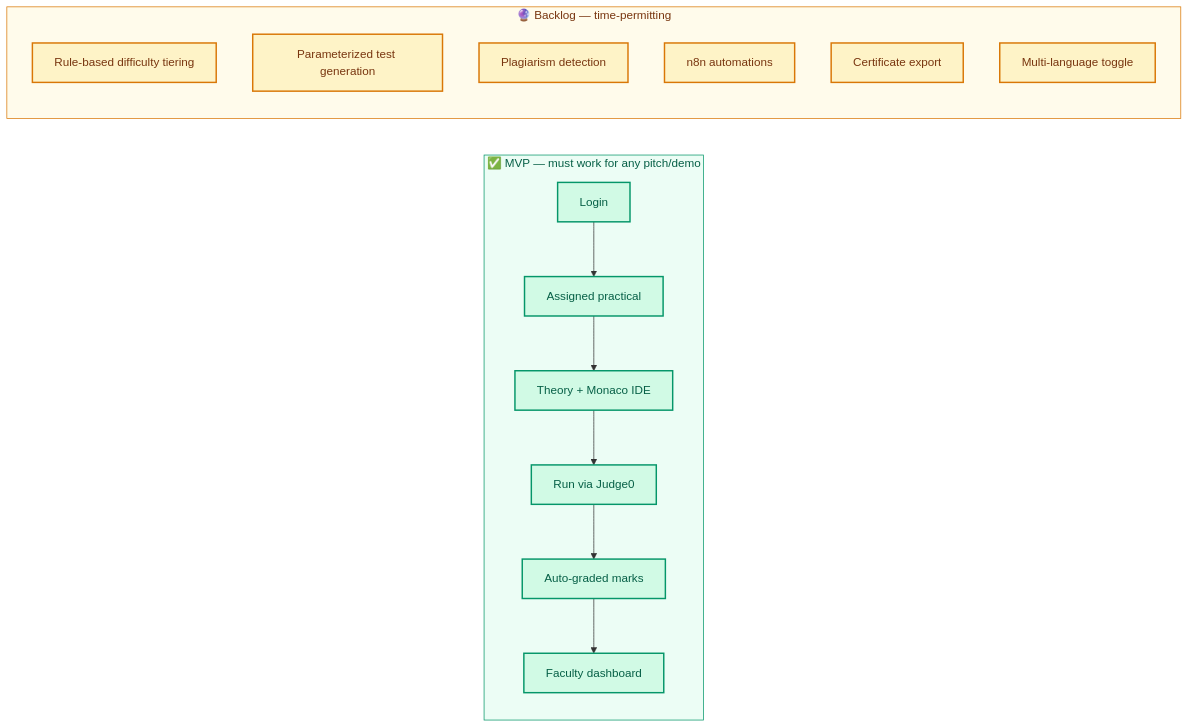
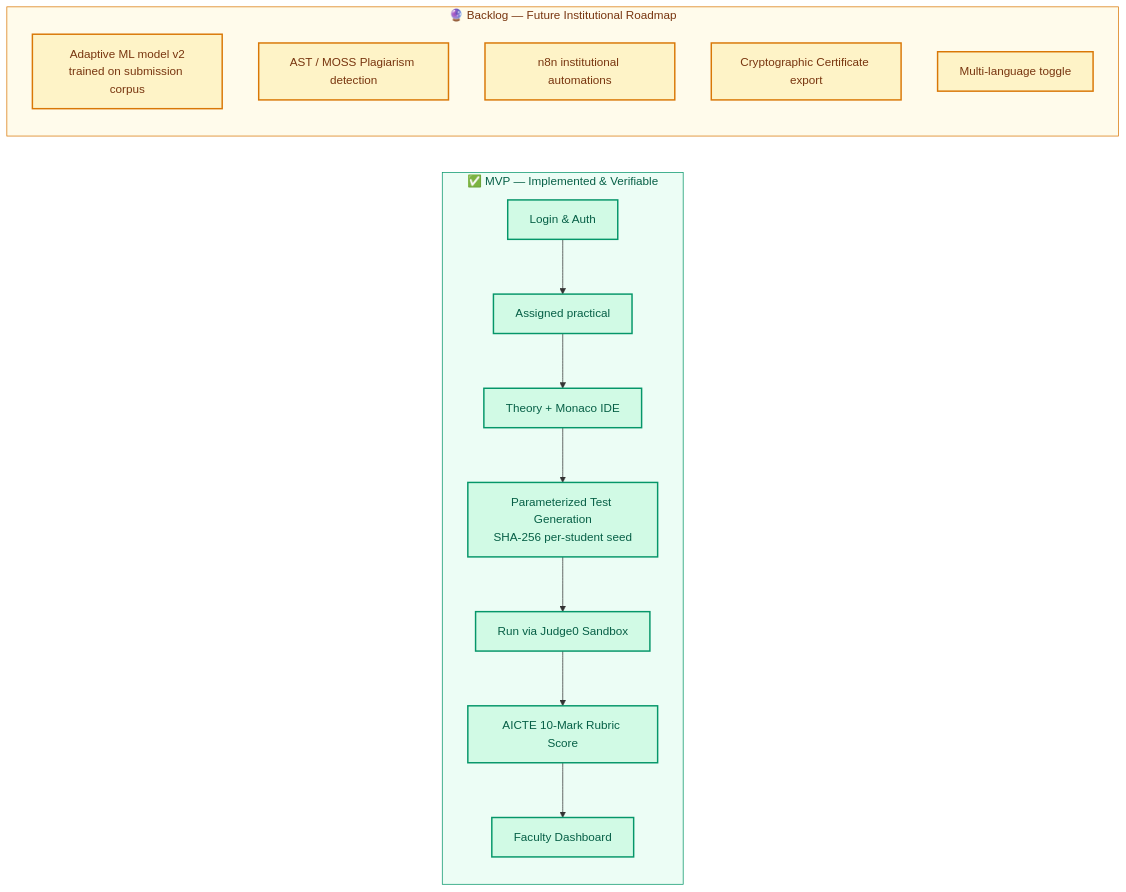
The fourth of 6 diagrams in README.md (wanivedant777-spec/SIH2026-EduLab), drawn with Mermaid before and after one commit. The commit also changed other lines of this file and 5 other files, not shown here.

Commit message:
feat(evaluator): implement deterministic parameterized test cases and anti-cheat verification

````diff
--- a/README.md
+++ b/README.md
@@ -150,28 +150,28 @@
 ```mermaid
 flowchart LR
-    subgraph MVP["✅ MVP — must work for any pitch/demo"]
-        M1[Login] --> M2[Assigned practical]
+    subgraph MVP["✅ MVP — Implemented & Verifiable"]
+        M1[Login & Auth] --> M2[Assigned practical]
         M2 --> M3[Theory + Monaco IDE]
-        M3 --> M4[Run via Judge0]
-        M4 --> M5[Auto-graded marks]
-        M5 --> M6[Faculty dashboard]
+        M3 --> M4[Parameterized Test Generation<br/>SHA-256 per-student seed]
+        M4 --> M5[Run via Judge0 Sandbox]
+        M5 --> M6[AICTE 10-Mark Rubric Score]
+        M6 --> M7[Faculty Dashboard]
     end
 
-    subgraph Backlog["🔮 Backlog — time-permitting"]
-        B1[Rule-based difficulty tiering]
-        B2[Parameterized test generation]
-        B3[Plagiarism detection]
-        B4[n8n automations]
-        B5[Certificate export]
-        B6[Multi-language toggle]
+    subgraph Backlog["🔮 Backlog — Future Institutional Roadmap"]
+        B1[Adaptive ML model v2<br/>trained on submission corpus]
+        B2[AST / MOSS Plagiarism detection]
+        B3[n8n institutional automations]
+        B4[Cryptographic Certificate export]
+        B5[Multi-language toggle]
     end
 
     classDef mvpBox fill:#d1fae5,stroke:#059669,color:#065f46,stroke-width:2px;
     classDef backlogBox fill:#fef3c7,stroke:#d97706,color:#78350f,stroke-width:2px;
 
-    class M1,M2,M3,M4,M5,M6 mvpBox
-    class B1,B2,B3,B4,B5,B6 backlogBox
+    class M1,M2,M3,M4,M5,M6,M7 mvpBox
+    class B1,B2,B3,B4,B5 backlogBox
 
     style MVP fill:#ecfdf5,stroke:#059669,color:#065f46
     style Backlog fill:#fffbeb,stroke:#d97706,color:#78350f
 ```
````
